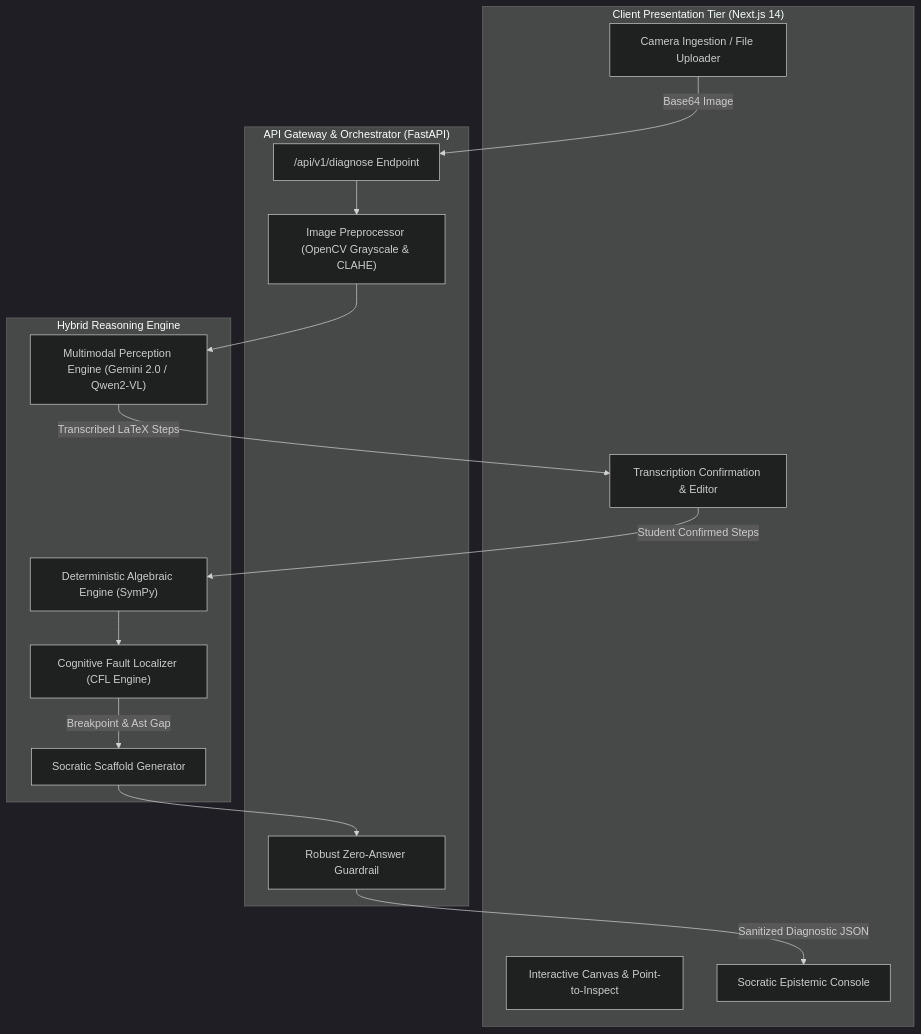
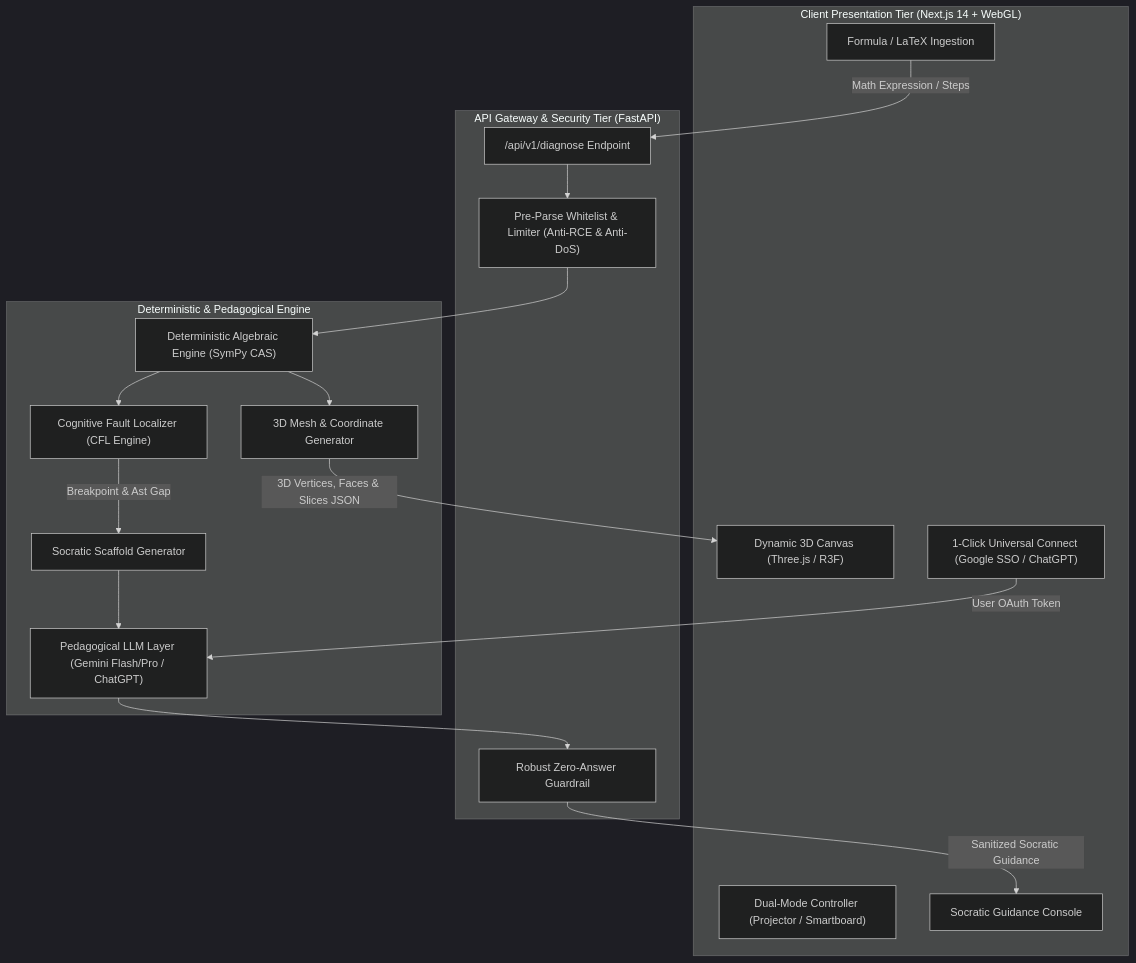
Before and after one commit to dandienter/ZAP: the diagram in docs/ARCHITECTURE.md, drawn with Mermaid (dark theme). The commit also changed other lines of this file and 36 other files, not shown here.

Commit message:
feat(zap): release ZAP (Zero Answer Policy) interactive studio, 3D canvas, and universal connector hub

````diff
--- a/docs/ARCHITECTURE.md
+++ b/docs/ARCHITECTURE.md
@@ -9,32 +9,36 @@
 ```mermaid
 graph TD
-    subgraph Client ["Client Presentation Tier (Next.js 14)"]
-        UI_Cam["Camera Ingestion / File Uploader"]
-        UI_Confirm["Transcription Confirmation & Editor"]
-        UI_Canvas["Interactive Canvas & Point-to-Inspect"]
-        UI_Console["Socratic Epistemic Console"]
+    subgraph Client ["Client Presentation Tier (Next.js 14 + WebGL)"]
+        UI_Formula["Formula / LaTeX Ingestion"]
+        UI_3D["Dynamic 3D Canvas (Three.js / R3F)"]
+        UI_DualMode["Dual-Mode Controller (Projector / Smartboard)"]
+        UI_Console["Socratic Guidance Console"]
+        UI_Auth["1-Click Universal Connect (Google SSO / ChatGPT)"]
     end
 
-    subgraph Gateway ["API Gateway & Orchestrator (FastAPI)"]
+    subgraph Gateway ["API Gateway & Security Tier (FastAPI)"]
         API_Route["/api/v1/diagnose Endpoint"]
-        Preprocess["Image Preprocessor (OpenCV Grayscale & CLAHE)"]
+        Pre_Parse["Pre-Parse Whitelist & Limiter (Anti-RCE & Anti-DoS)"]
         Guardrail["Robust Zero-Answer Guardrail"]
     end
 
-    subgraph Intelligence ["Hybrid Reasoning Engine"]
-        VLM["Multimodal Perception Engine (Gemini 2.0 / Qwen2-VL)"]
-        CAS["Deterministic Algebraic Engine (SymPy)"]
+    subgraph Intelligence ["Deterministic & Pedagogical Engine"]
+        CAS["Deterministic Algebraic Engine (SymPy CAS)"]
+        MeshGen["3D Mesh & Coordinate Generator"]
         FaultLocator["Cognitive Fault Localizer (CFL Engine)"]
         Scaffolder["Socratic Scaffold Generator"]
+        LLM["Pedagogical LLM Layer (Gemini Flash/Pro / ChatGPT)"]
     end
 
-    UI_Cam -->|Base64 Image| API_Route
-    API_Route --> Preprocess
-    Preprocess --> VLM
-    VLM -->|Transcribed LaTeX Steps| UI_Confirm
-    UI_Confirm -->|Student Confirmed Steps| CAS
+    UI_Formula -->|Math Expression / Steps| API_Route
+    UI_Auth -->|User OAuth Token| LLM
+    API_Route --> Pre_Parse
+    Pre_Parse --> CAS
     CAS --> FaultLocator
+    CAS --> MeshGen
+    MeshGen -->|3D Vertices, Faces & Slices JSON| UI_3D
     FaultLocator -->|Breakpoint & Ast Gap| Scaffolder
-    Scaffolder --> Guardrail
-    Guardrail -->|Sanitized Diagnostic JSON| UI_Console
+    Scaffolder --> LLM
+    LLM --> Guardrail
+    Guardrail -->|Sanitized Socratic Guidance| UI_Console
 ```
````
